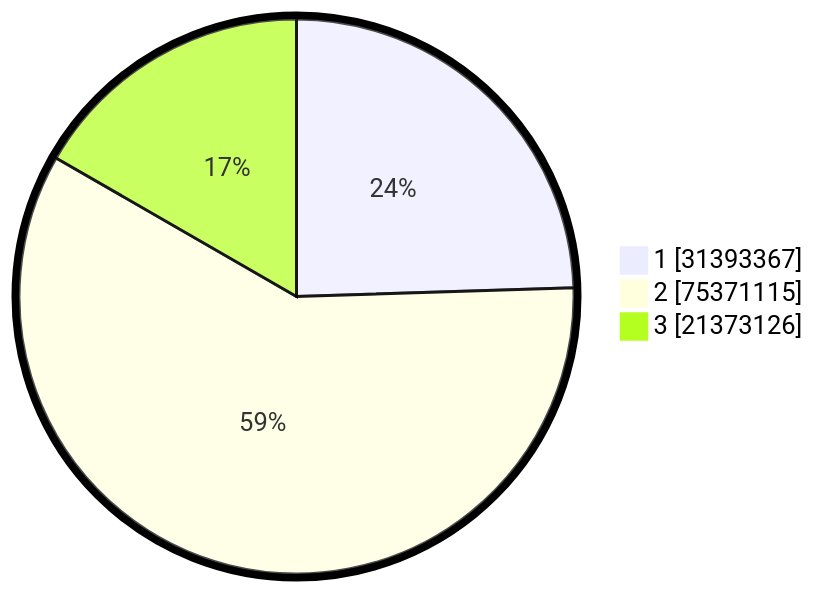
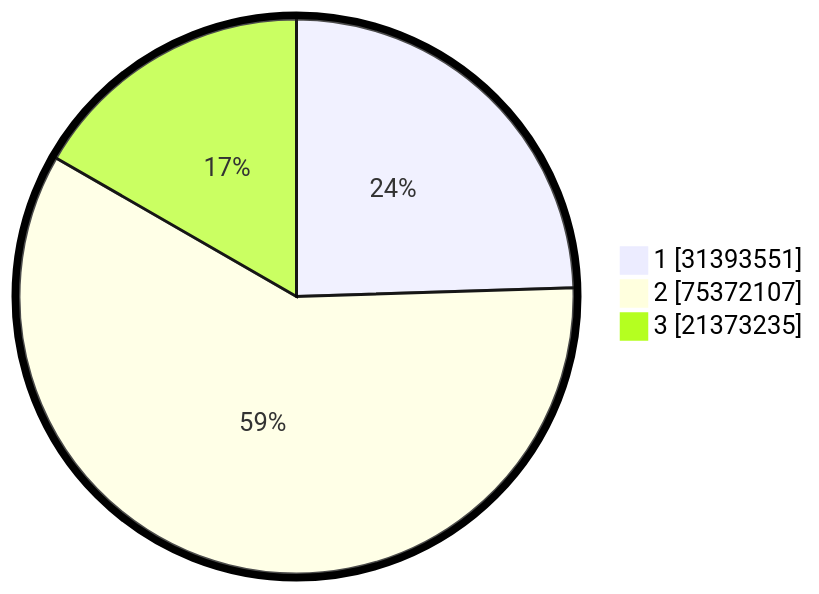
Before and after one commit to gigit-pemilu/pemilu-2024: the second of 2 diagrams in pilpres/hitung-suara/README.md, drawn with Mermaid. The commit also changed other lines of this file and 8 other files, not shown here.

````diff
--- a/pilpres/hitung-suara/README.md
+++ b/pilpres/hitung-suara/README.md
@@ -93,7 +93,7 @@
 ```mermaid
 %%{init: {"pie": {"textPosition": 0.5}, "themeVariables": {"pieOuterStrokeWidth": "5px"}} }%%
 pie showData
-    "1" : 31393367
-    "2" : 75371115
-    "3" : 21373126
+    "1" : 31393551
+    "2" : 75372107
+    "3" : 21373235
 ```
````
